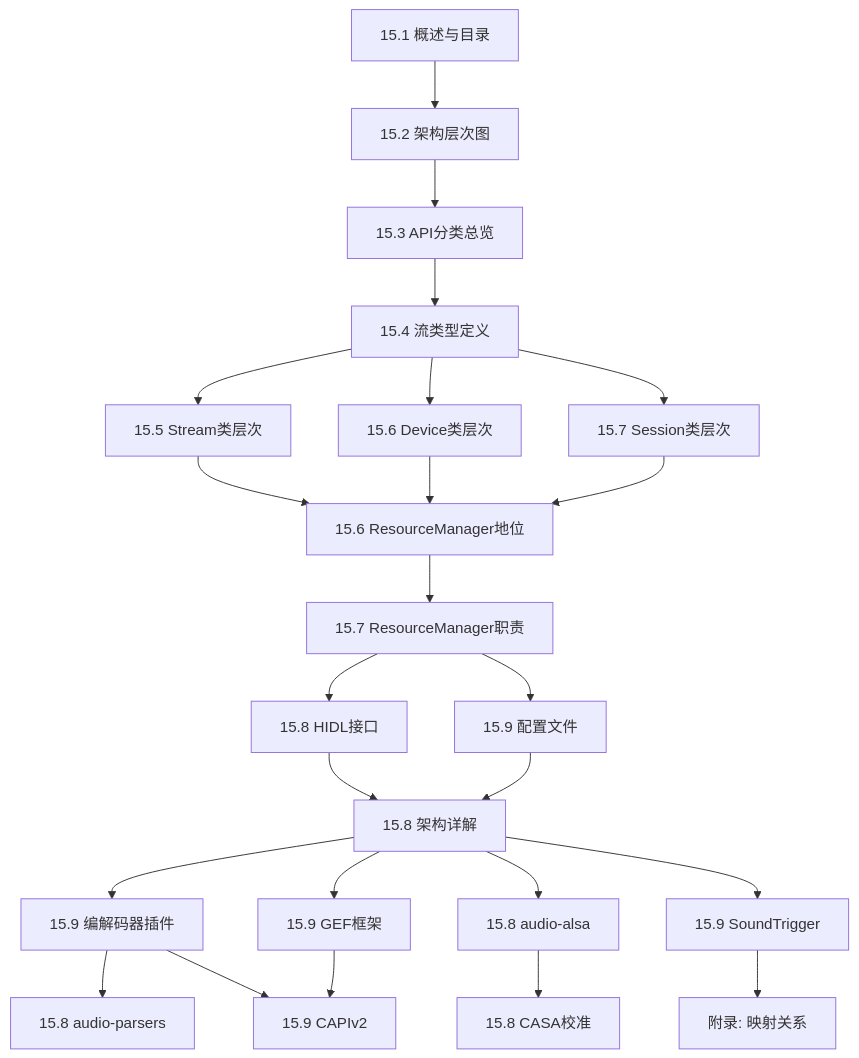
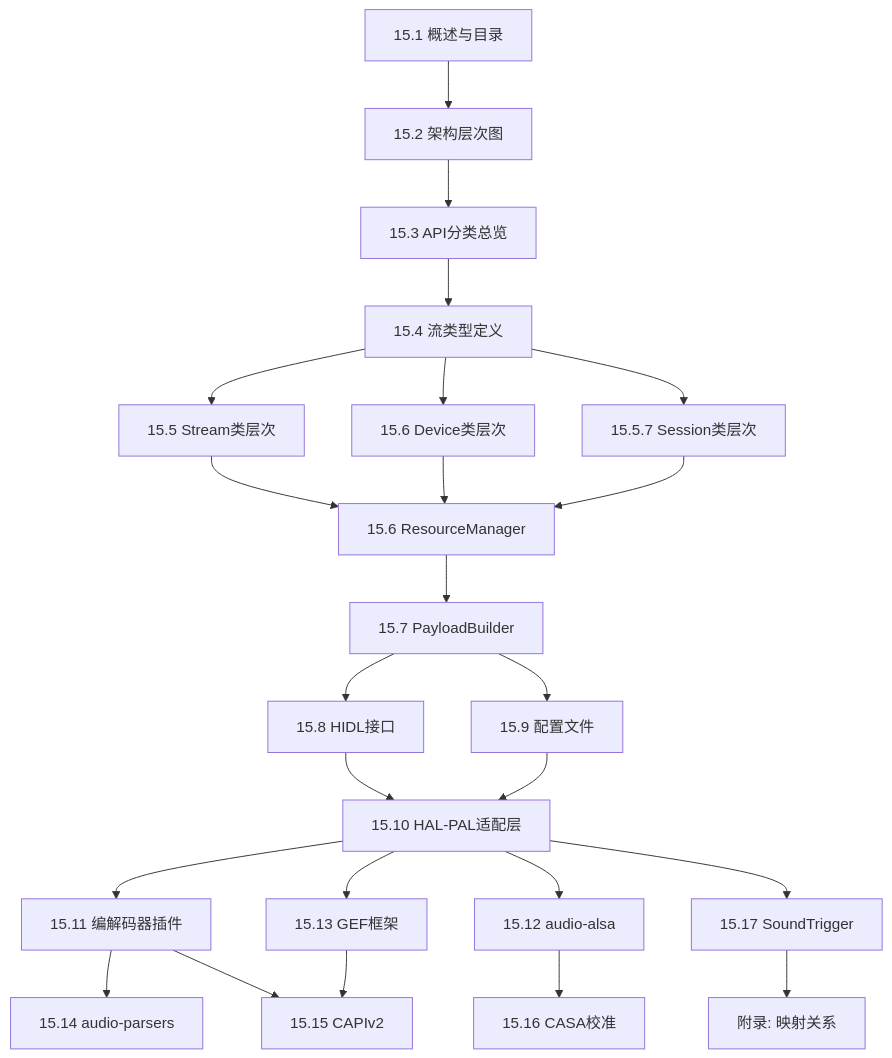
Before and after one commit to yanglinzhen1022/SA8295_AAOS_QNX_Audio_KnowledgeBase: the fourth of 4 diagrams in 15_PAL_Architecture/15_15.1_概述与目录.md, drawn with Mermaid. The commit also changed other lines of this file and 6 other files, not shown here.

````diff
--- a/15_PAL_Architecture/15_15.1_概述与目录.md
+++ b/15_PAL_Architecture/15_15.1_概述与目录.md
@@ -312,26 +313,26 @@
 ```mermaid
 graph TD
     A[15.1 概述与目录] --> B[15.2 架构层次图]
     B --> C[15.3 API分类总览]
     C --> D[15.4 流类型定义]
     D --> E[15.5 Stream类层次]
     D --> F[15.6 Device类层次]
-    D --> G[15.7 Session类层次]
-    E --> H[15.6 ResourceManager地位]
+    D --> G[15.5.7 Session类层次]
+    E --> H[15.6 ResourceManager]
     F --> H
     G --> H
-    H --> I[15.7 ResourceManager职责]
+    H --> I[15.7 PayloadBuilder]
     I --> J[15.8 HIDL接口]
     I --> K[15.9 配置文件]
-    J --> L[15.8 架构详解]
+    J --> L[15.10 HAL-PAL适配层]
     K --> L
-    L --> M[15.9 编解码器插件]
-    L --> N[15.8 audio-alsa]
-    L --> O[15.9 GEF框架]
-    M --> P[15.8 audio-parsers]
-    M --> Q[15.9 CAPIv2]
+    L --> M[15.11 编解码器插件]
+    L --> N[15.12 audio-alsa]
+    L --> O[15.13 GEF框架]
+    M --> P[15.14 audio-parsers]
+    M --> Q[15.15 CAPIv2]
     O --> Q
-    N --> R[15.8 CASA校准]
-    L --> S[15.9 SoundTrigger]
+    N --> R[15.16 CASA校准]
+    L --> S[15.17 SoundTrigger]
     S --> T[附录: 映射关系]
 ```
````
